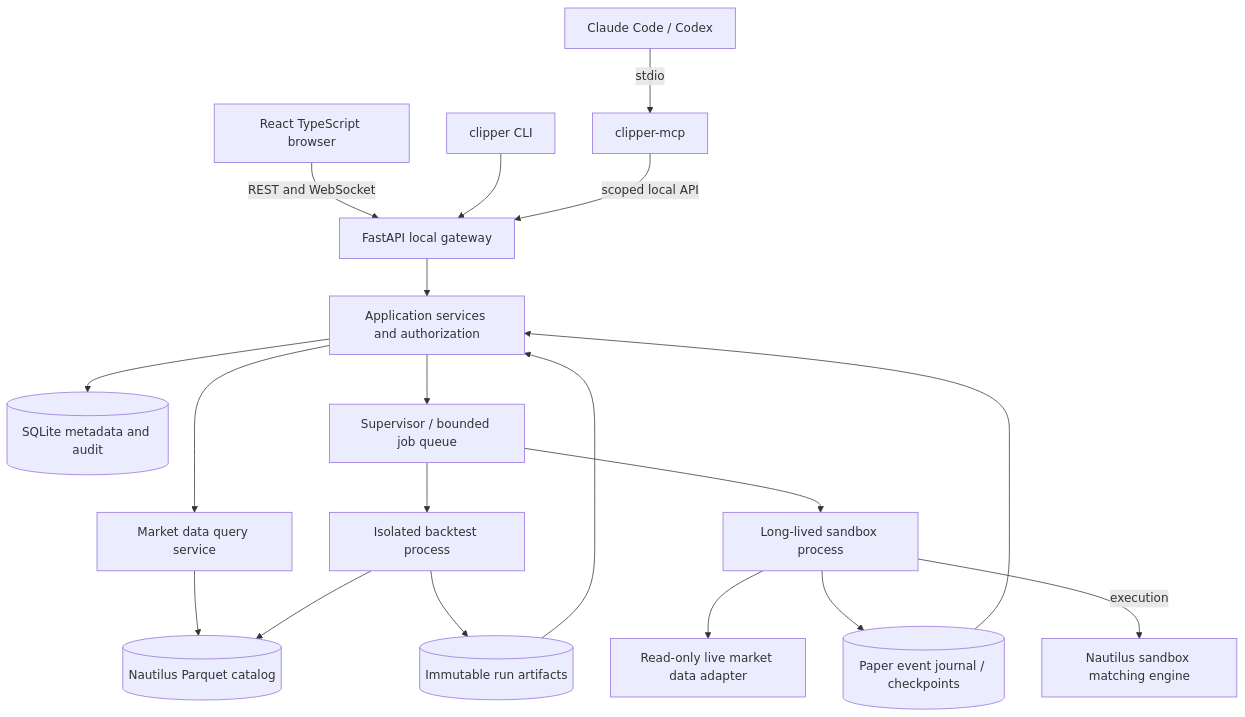
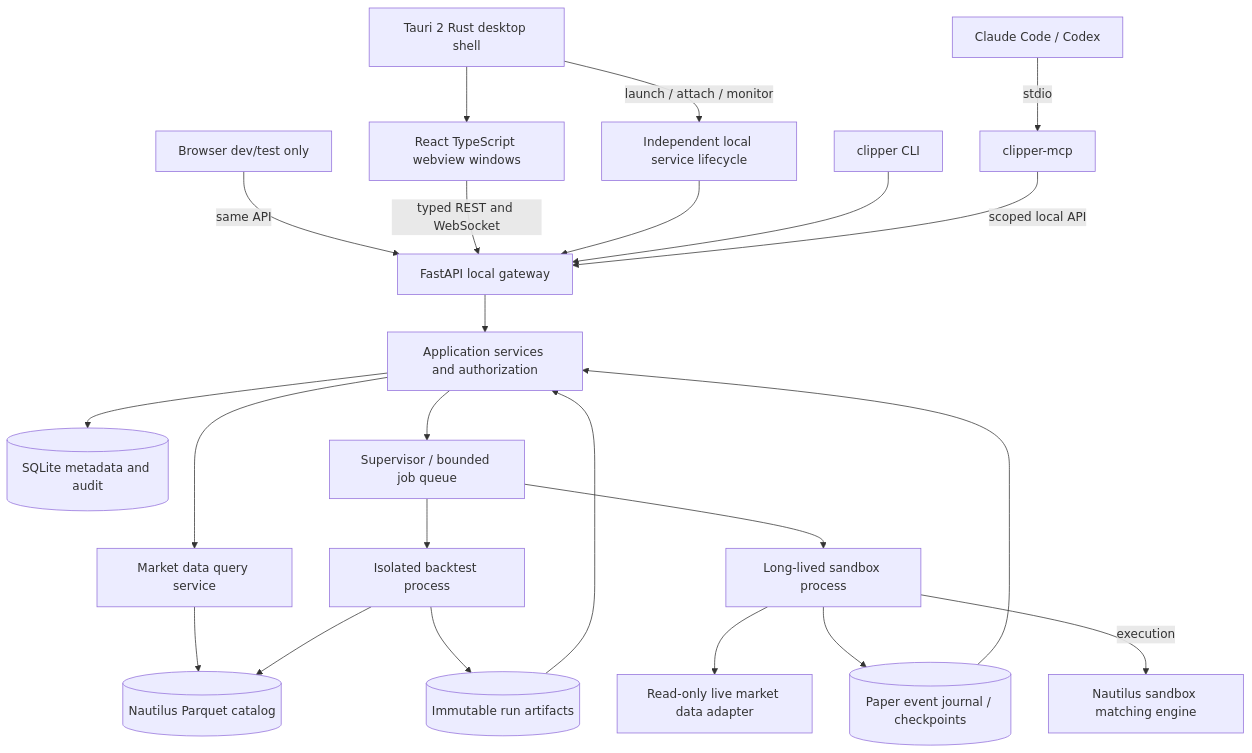
Before and after one commit to njdaniel/clipper-terminal: the first of 3 diagrams in docs/architecture/overview.md, drawn with Mermaid. The commit also changed other lines of this file, not shown here.

Commit message:
docs: make Clipper desktop-first and specify shared workspace state (#1)

````diff
--- a/docs/architecture/overview.md
+++ b/docs/architecture/overview.md
@@ -22,21 +22,25 @@
 ```mermaid
 flowchart TB
-  UI[React TypeScript browser] -->|REST and WebSocket| API[FastAPI local gateway]
+  SHELL[Tauri 2 Rust desktop shell] -->|launch / attach / monitor| SVC[Independent local service lifecycle]
+  SHELL --> UI[React TypeScript webview windows]
+  DEV[Browser dev/test only] -->|same API| API[FastAPI local gateway]
+  UI -->|typed REST and WebSocket| API
+  SVC --> API
   CLI[clipper CLI] --> API
   AI[Claude Code / Codex] -->|stdio| MCP[clipper-mcp]
   MCP -->|scoped local API| API
   API --> APP[Application services and authorization]
   APP --> DB[(SQLite metadata and audit)]
   APP --> JOB[Supervisor / bounded job queue]
   APP --> MD[Market data query service]
   MD --> CAT[(Nautilus Parquet catalog)]
   JOB --> BT[Isolated backtest process]
   JOB --> PT[Long-lived sandbox process]
   BT --> CAT
   BT --> ART[(Immutable run artifacts)]
   PT --> FEED[Read-only live market data adapter]
   PT --> EVT[(Paper event journal / checkpoints)]
   PT -->|execution| SIM[Nautilus sandbox matching engine]
   ART --> APP
   EVT --> APP
 ```
````
